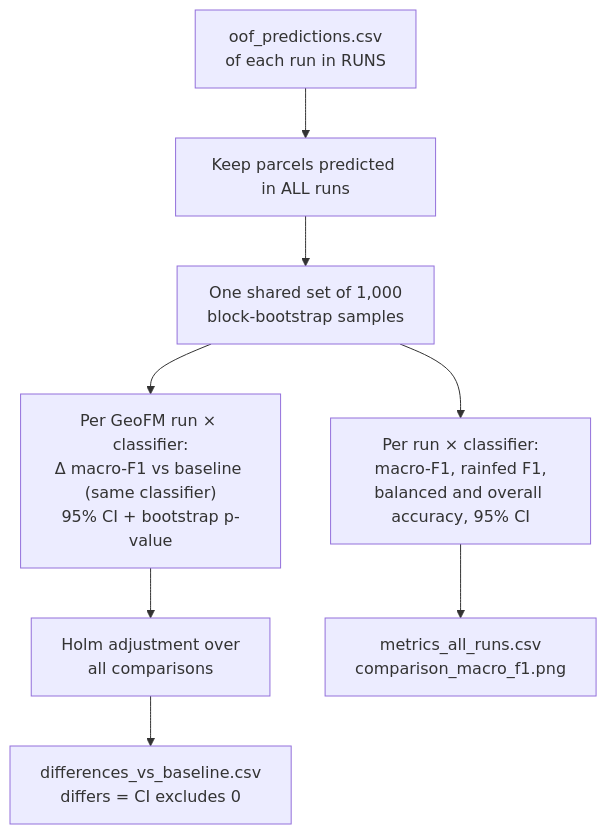
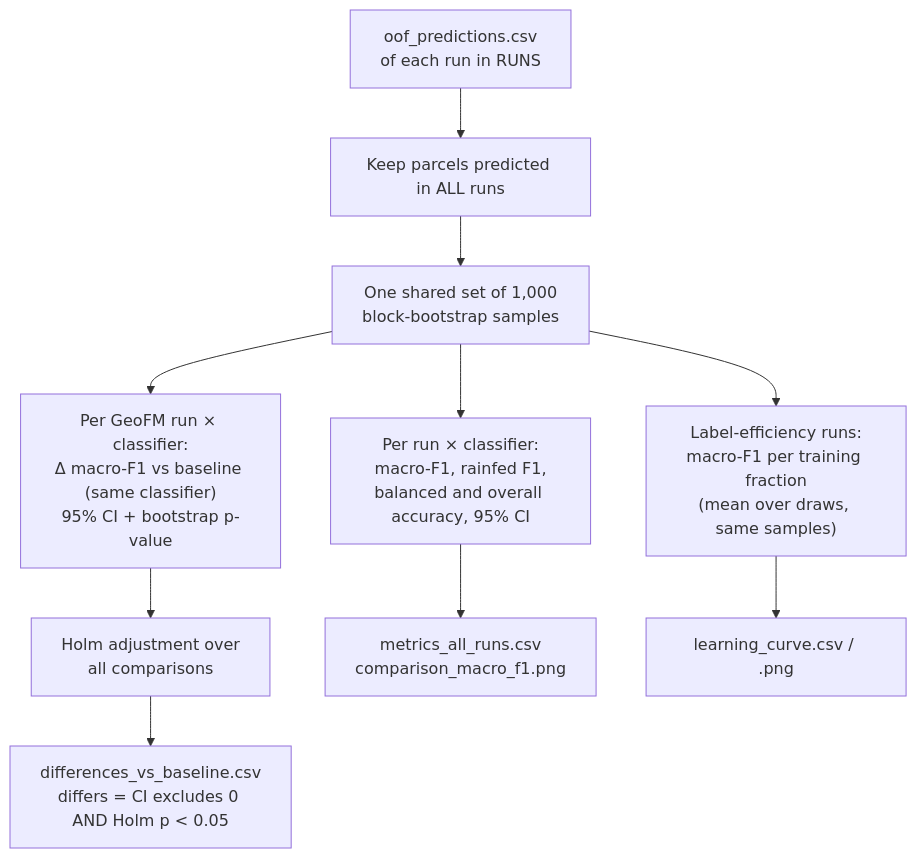
Before and after one commit to amanchry/irrimapping-geofm: the ninth of 9 diagrams in docs/phase2_models/frozen_encoders.md, drawn with Mermaid. The commit also changed other lines of this file and 30 other files, not shown here.

Commit message:
E02-E05 ready for both regions: label efficiency, seeds, L-TAE/MLP heads, per-region reports

````diff
--- a/docs/phase2_models/frozen_encoders.md
+++ b/docs/phase2_models/frozen_encoders.md
@@ -318,10 +449,12 @@
 ```mermaid
 flowchart TD
     A["oof_predictions.csv<br/>of each run in RUNS"] --> B["Keep parcels predicted in ALL runs"]
     B --> C["One shared set of 1,000<br/>block-bootstrap samples"]
     C --> D["Per run × classifier:<br/>macro-F1, rainfed F1,<br/>balanced and overall accuracy, 95% CI"]
     C --> E["Per GeoFM run × classifier:<br/>Δ macro-F1 vs baseline (same classifier)<br/>95% CI + bootstrap p-value"]
     E --> F["Holm adjustment over<br/>all comparisons"]
     D --> OUT["metrics_all_runs.csv<br/>comparison_macro_f1.png"]
-    F --> OUT2["differences_vs_baseline.csv<br/>differs = CI excludes 0"]
+    F --> OUT2["differences_vs_baseline.csv<br/>differs = CI excludes 0 AND Holm p < 0.05"]
+    C --> LC["Label-efficiency runs:<br/>macro-F1 per training fraction<br/>(mean over draws, same samples)"]
+    LC --> OUT3["learning_curve.csv / .png"]
 ```
````
